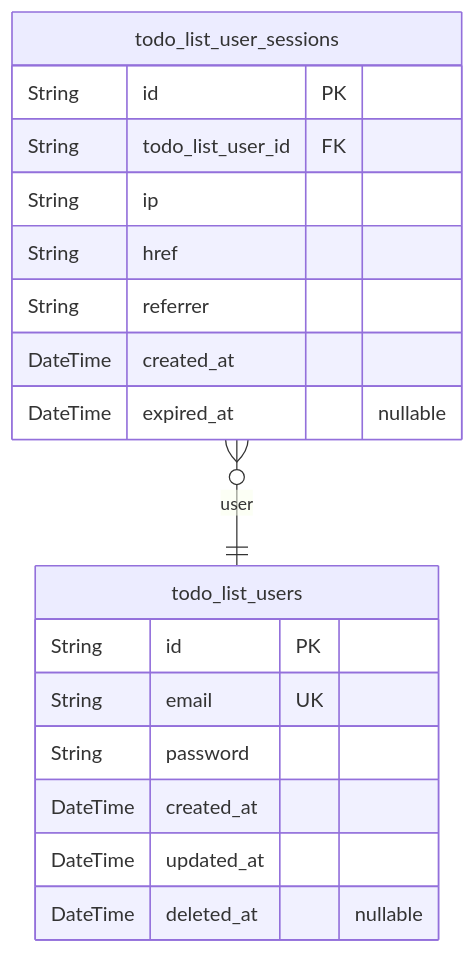
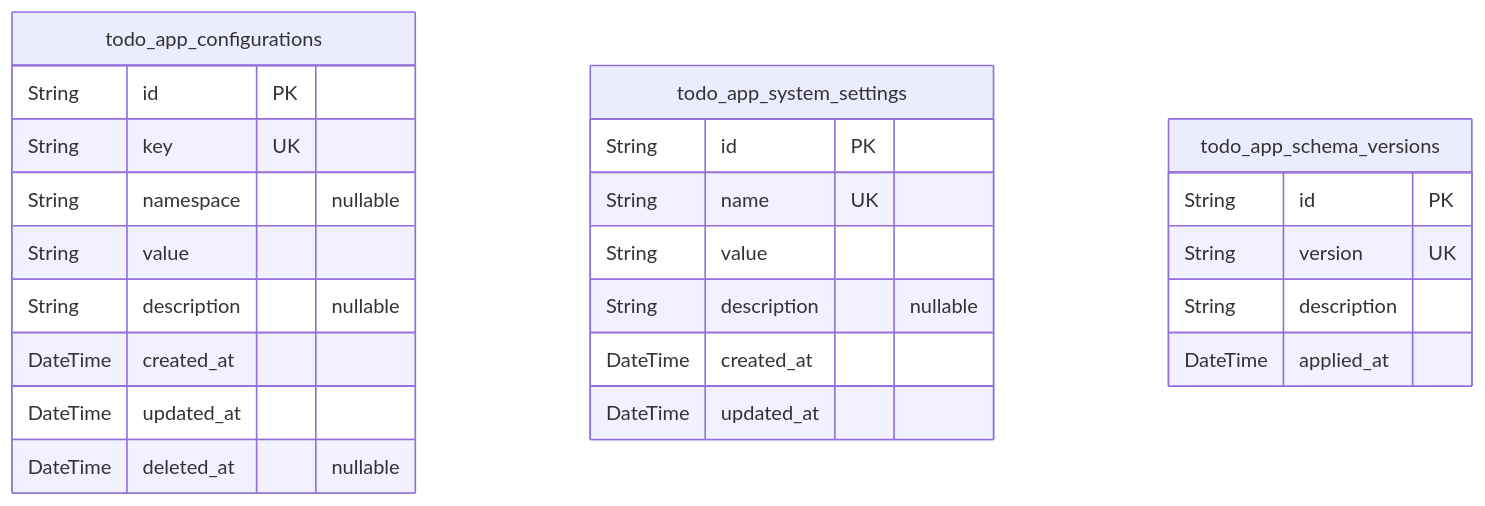
Before and after one commit to wrtnlabs/autobe-examples: the second of 5 diagrams in qwen/qwen3-coder-exacto/todo/docs/ERD.md, drawn with Mermaid. The commit also changed other lines of this file and 9391 other files, not shown here.

````diff
--- a/qwen/qwen3-coder-exacto/todo/docs/ERD.md
+++ b/qwen/qwen3-coder-exacto/todo/docs/ERD.md
@@ -10,21 +191,27 @@
 ```mermaid
 erDiagram
-"todo_list_users" {
+"todo_app_configurations" {
   String id PK
-  String email UK
-  String password
+  String key UK
+  String namespace "nullable"
+  String value
+  String description "nullable"
   DateTime created_at
   DateTime updated_at
   DateTime deleted_at "nullable"
 }
-"todo_list_user_sessions" {
+"todo_app_system_settings" {
   String id PK
-  String todo_list_user_id FK
-  String ip
-  String href
-  String referrer
+  String name UK
+  String value
+  String description "nullable"
   DateTime created_at
-  DateTime expired_at "nullable"
+  DateTime updated_at
 }
-"todo_list_user_sessions" }o--|| "todo_list_users" : user
+"todo_app_schema_versions" {
+  String id PK
+  String version UK
+  String description
+  DateTime applied_at
+}
 ```
````
